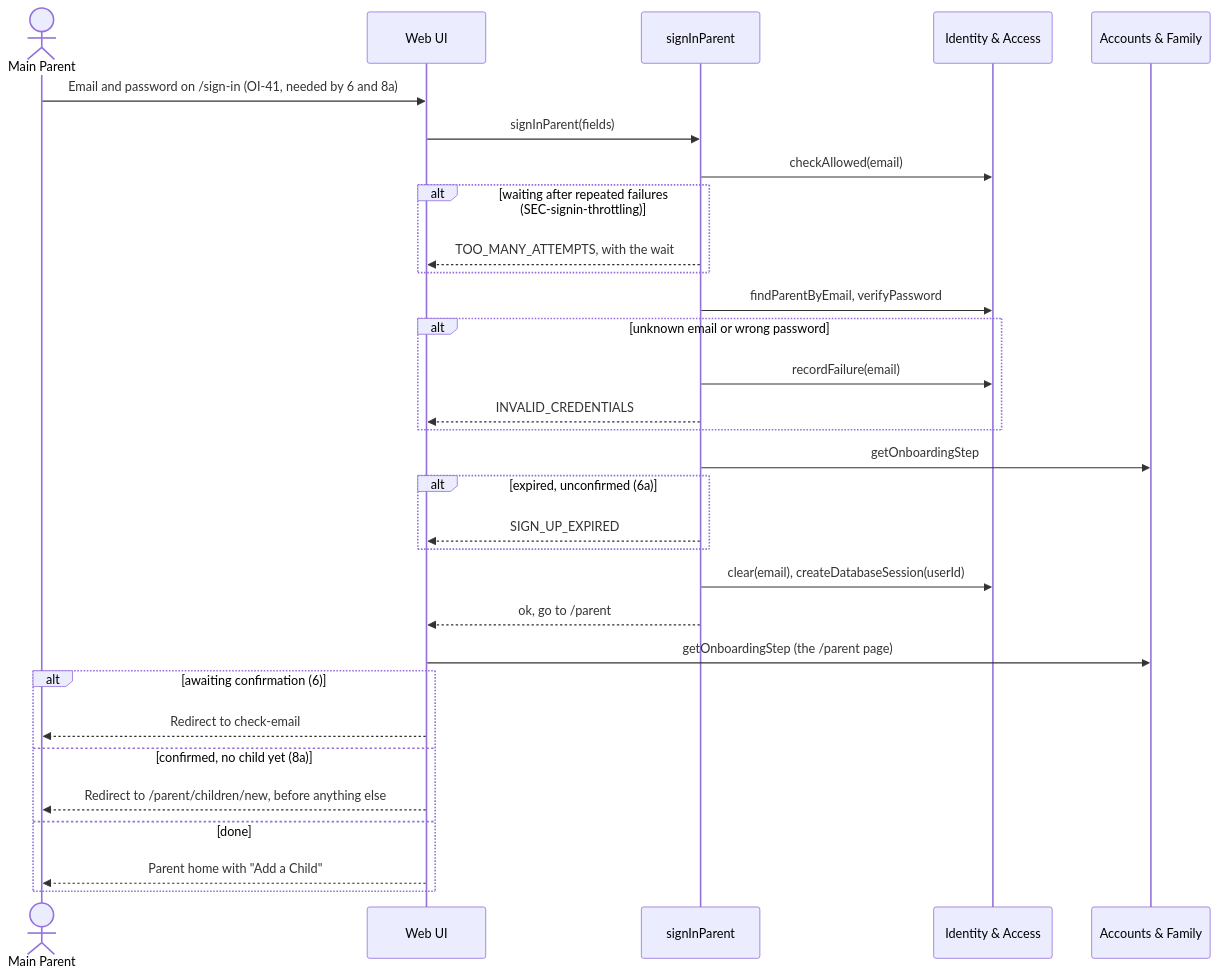
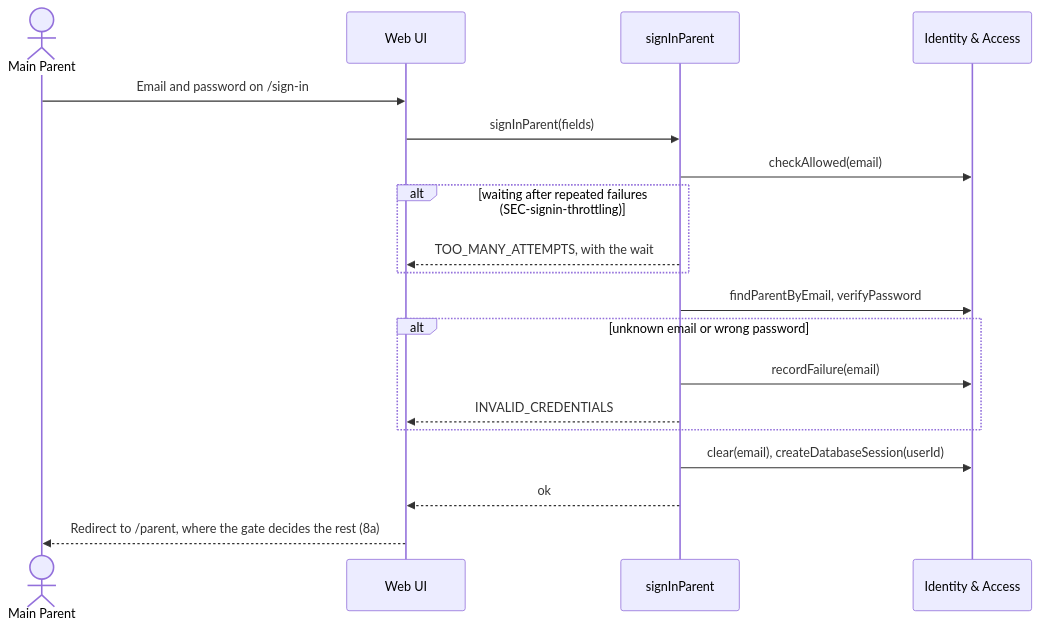
One commit to videogames21/book_buddies changed the seventh of 10 diagrams in design/par.md. Above: the diagram before and after it, drawn with Mermaid. The commit also changed other lines of this file and 2 other files, not shown here.

First line of the commit message:
Separate sign-in and reset from UC-PAR-onboarding in the design

````diff
--- a/design/par.md
+++ b/design/par.md
@@ -439,33 +485,21 @@
 ```mermaid
 sequenceDiagram
     actor P as Main Parent
     participant UI as Web UI
     participant ACT as signInParent
     participant IA as Identity & Access
-    participant AF as Accounts & Family
-    P->>UI: Email and password on /sign-in (OI-41, needed by 6 and 8a)
+    P->>UI: Email and password on /sign-in
     UI->>ACT: signInParent(fields)
     ACT->>IA: checkAllowed(email)
     alt waiting after repeated failures (SEC-signin-throttling)
         ACT-->>UI: TOO_MANY_ATTEMPTS, with the wait
     end
     ACT->>IA: findParentByEmail, verifyPassword
     alt unknown email or wrong password
         ACT->>IA: recordFailure(email)
         ACT-->>UI: INVALID_CREDENTIALS
     end
-    ACT->>AF: getOnboardingStep
-    alt expired, unconfirmed (6a)
-        ACT-->>UI: SIGN_UP_EXPIRED
-    end
     ACT->>IA: clear(email), createDatabaseSession(userId)
-    ACT-->>UI: ok, go to /parent
-    UI->>AF: getOnboardingStep (the /parent page)
-    alt awaiting confirmation (6)
-        UI-->>P: Redirect to check-email
-    else confirmed, no child yet (8a)
-        UI-->>P: Redirect to /parent/children/new, before anything else
-    else done
-        UI-->>P: Parent home with "Add a Child"
-    end
+    ACT-->>UI: ok
+    UI-->>P: Redirect to /parent, where the gate decides the rest (8a)
 ```
````
